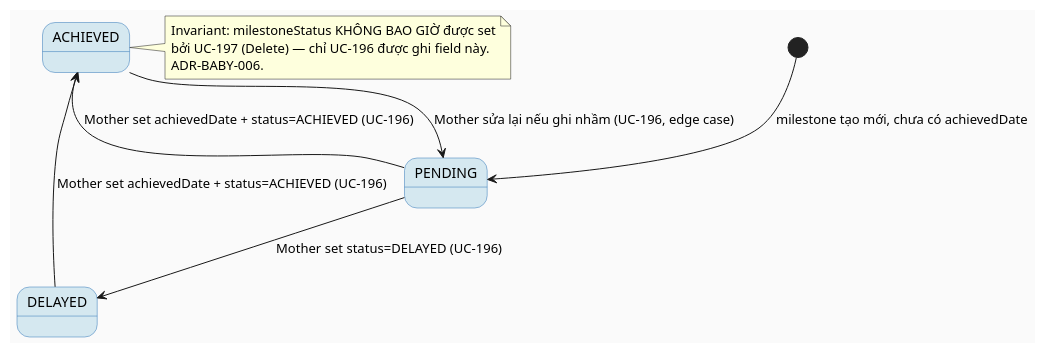
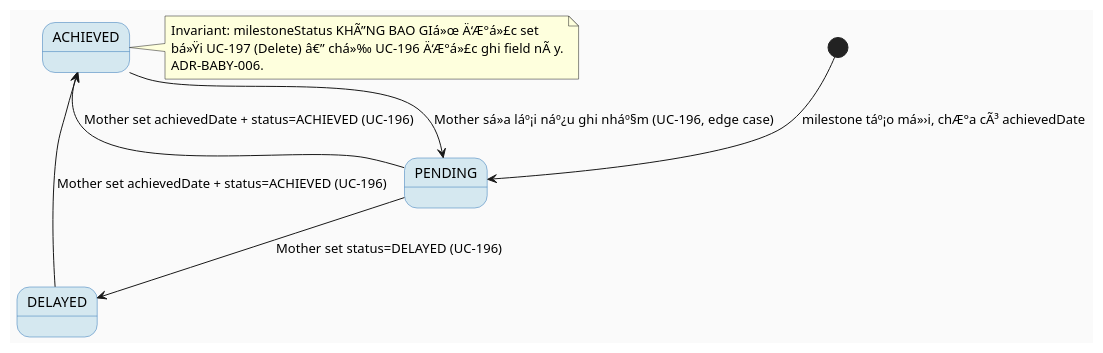
Before and after one commit to ChuongBDHE172784/CareBridge_SEP490_G79: the fourth of 4 diagrams in 04_Implement/UC196_UpdateDevelopmentMilestone/UC196_UpdateDevelopmentMilestone_TDS.md, drawn with PlantUML. The commit also changed other lines of this file and 201 other files, not shown here.

````diff
--- a/04_Implement/UC196_UpdateDevelopmentMilestone/UC196_UpdateDevelopmentMilestone_TDS.md
+++ b/04_Implement/UC196_UpdateDevelopmentMilestone/UC196_UpdateDevelopmentMilestone_TDS.md
@@ -440,21 +441,21 @@
 ```plantuml
 @startuml UpdateDevelopmentMilestone_StateMachine
 skinparam backgroundColor #FAFAFA
 skinparam StateBackgroundColor #D5E8F0
 skinparam StateBorderColor #2E75B6
 
-[*] --> PENDING : milestone tạo mới, chưa có achievedDate
+[*] --> PENDING : milestone táº¡o má»›i, chÆ°a cÃ³ achievedDate
 
 PENDING --> ACHIEVED : Mother set achievedDate + status=ACHIEVED (UC-196)
 PENDING --> DELAYED  : Mother set status=DELAYED (UC-196)
 DELAYED --> ACHIEVED : Mother set achievedDate + status=ACHIEVED (UC-196)
-ACHIEVED --> PENDING : Mother sửa lại nếu ghi nhầm (UC-196, edge case)
+ACHIEVED --> PENDING : Mother sá»­a láº¡i náº¿u ghi nháº§m (UC-196, edge case)
 
 note right of ACHIEVED
-  Invariant: milestoneStatus KHÔNG BAO GIỜ được set
-  bởi UC-197 (Delete) — chỉ UC-196 được ghi field này.
+  Invariant: milestoneStatus KHÃ”NG BAO GIá»œ Ä‘Æ°á»£c set
+  bá»Ÿi UC-197 (Delete) â€” chá»‰ UC-196 Ä‘Æ°á»£c ghi field nÃ y.
   ADR-BABY-006.
 end note
 
 @enduml
 ```
````
